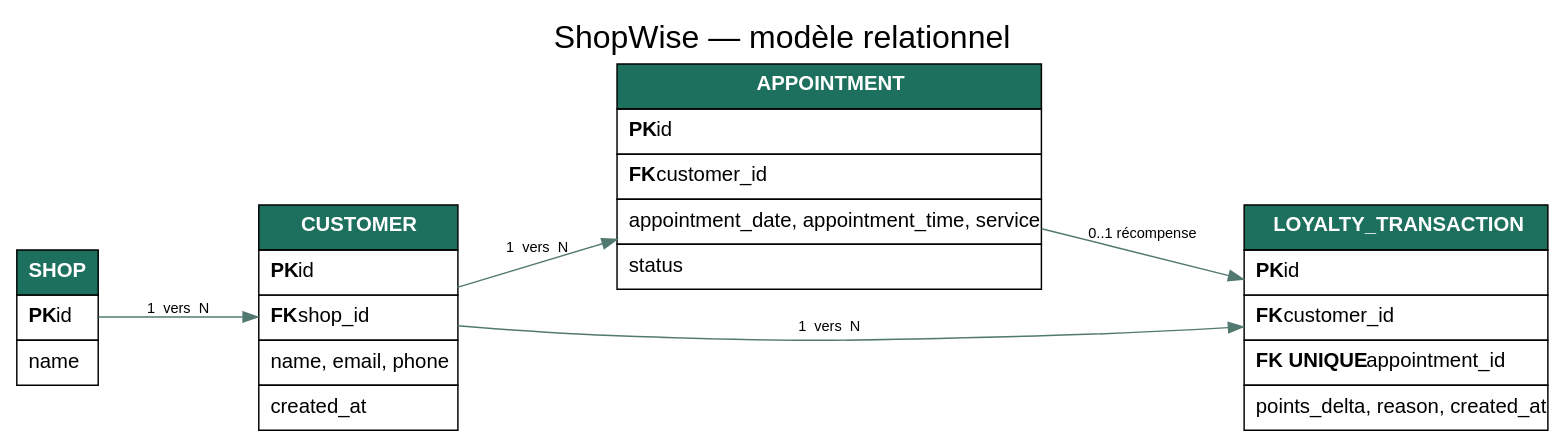
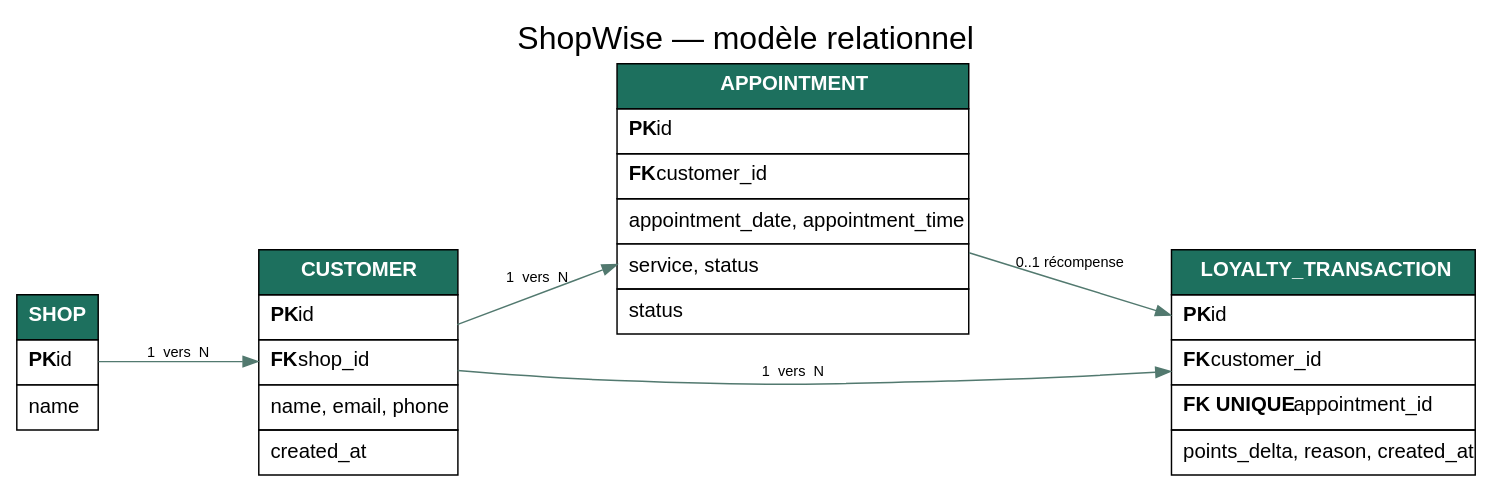
Before and after one commit to imaurelsan/EDC_ShopWise_Bloc3_ISCOD: the diagram in bdd/schema.dot, drawn with Graphviz. The commit also changed 2 other files, not shown here.

Commit message:
docs(bdd): préciser date et heure dans le schéma

```diff
--- a/bdd/schema.dot
+++ b/bdd/schema.dot
@@ -1,13 +1,13 @@
 digraph ShopWise {
   graph [rankdir=LR, bgcolor="white", fontname="Arial", label="ShopWise — modèle relationnel", labelloc=t, fontsize=22, nodesep=0.6, ranksep=0.9];
   node [shape=plain, fontname="Arial"];
   edge [fontname="Arial", fontsize=10, color="#52796f"];
   shop [label=< <TABLE BORDER="0" CELLBORDER="1" CELLSPACING="0" CELLPADDING="7"><TR><TD BGCOLOR="#1d705e"><FONT COLOR="white"><B>SHOP</B></FONT></TD></TR><TR><TD ALIGN="LEFT"><B>PK</B> id</TD></TR><TR><TD ALIGN="LEFT">name</TD></TR></TABLE> >];
   customer [label=< <TABLE BORDER="0" CELLBORDER="1" CELLSPACING="0" CELLPADDING="7"><TR><TD BGCOLOR="#1d705e"><FONT COLOR="white"><B>CUSTOMER</B></FONT></TD></TR><TR><TD ALIGN="LEFT"><B>PK</B> id</TD></TR><TR><TD ALIGN="LEFT"><B>FK</B> shop_id</TD></TR><TR><TD ALIGN="LEFT">name, email, phone</TD></TR><TR><TD ALIGN="LEFT">created_at</TD></TR></TABLE> >];
-  appointment [label=< <TABLE BORDER="0" CELLBORDER="1" CELLSPACING="0" CELLPADDING="7"><TR><TD BGCOLOR="#1d705e"><FONT COLOR="white"><B>APPOINTMENT</B></FONT></TD></TR><TR><TD ALIGN="LEFT"><B>PK</B> id</TD></TR><TR><TD ALIGN="LEFT"><B>FK</B> customer_id</TD></TR><TR><TD ALIGN="LEFT">appointment_date, appointment_time, service</TD></TR><TR><TD ALIGN="LEFT">status</TD></TR></TABLE> >];
+  appointment [label=< <TABLE BORDER="0" CELLBORDER="1" CELLSPACING="0" CELLPADDING="7"><TR><TD BGCOLOR="#1d705e"><FONT COLOR="white"><B>APPOINTMENT</B></FONT></TD></TR><TR><TD ALIGN="LEFT"><B>PK</B> id</TD></TR><TR><TD ALIGN="LEFT"><B>FK</B> customer_id</TD></TR><TR><TD ALIGN="LEFT">appointment_date, appointment_time</TD></TR><TR><TD ALIGN="LEFT">service, status</TD></TR><TR><TD ALIGN="LEFT">status</TD></TR></TABLE> >];
   loyalty [label=< <TABLE BORDER="0" CELLBORDER="1" CELLSPACING="0" CELLPADDING="7"><TR><TD BGCOLOR="#1d705e"><FONT COLOR="white"><B>LOYALTY_TRANSACTION</B></FONT></TD></TR><TR><TD ALIGN="LEFT"><B>PK</B> id</TD></TR><TR><TD ALIGN="LEFT"><B>FK</B> customer_id</TD></TR><TR><TD ALIGN="LEFT"><B>FK UNIQUE</B> appointment_id</TD></TR><TR><TD ALIGN="LEFT">points_delta, reason, created_at</TD></TR></TABLE> >];
   shop -> customer [label="1  vers  N"];
   customer -> appointment [label="1  vers  N"];
   customer -> loyalty [label="1  vers  N"];
   appointment -> loyalty [label="0..1 récompense"];
 }
```
